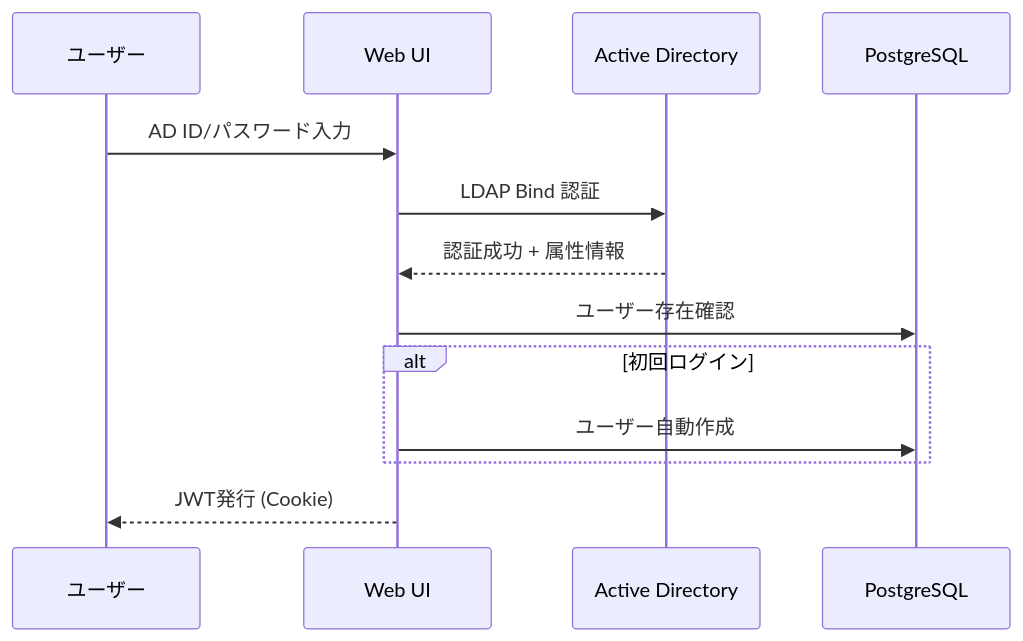
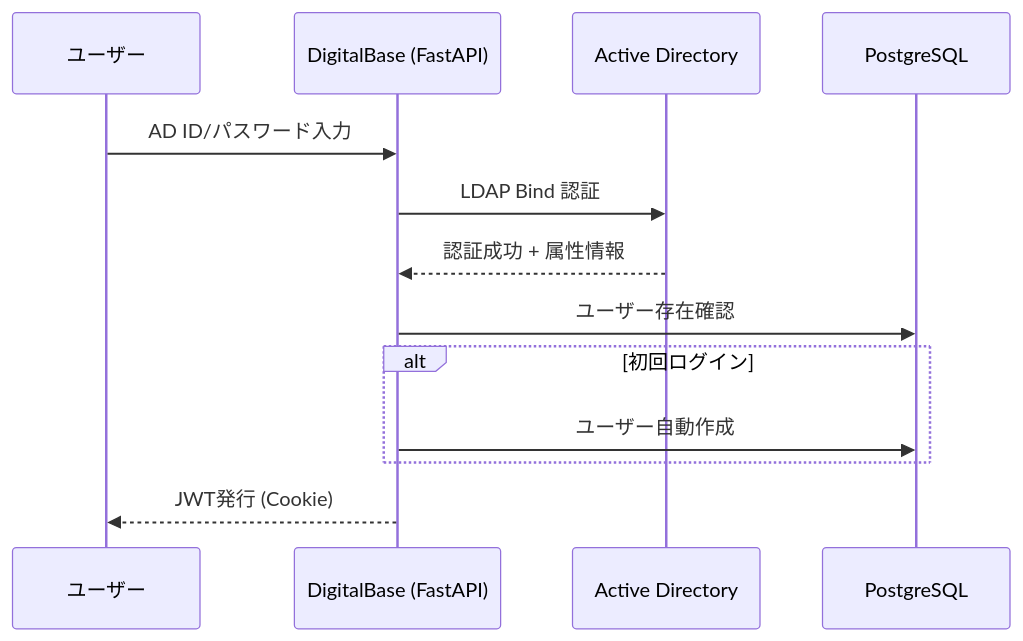
The third of 5 diagrams in docs/technical/SYSTEM_ARCHITECTURE.md (lmlight-app/dist_vite), drawn with Mermaid before and after one commit. The commit also changed other lines of this file and 58 other files, not shown here.

First line of the commit message:
Rebrand LM Light to DigitalBase and update docs

````diff
--- a/docs/technical/SYSTEM_ARCHITECTURE.md
+++ b/docs/technical/SYSTEM_ARCHITECTURE.md
@@ -123,16 +128,16 @@
 ```mermaid
 sequenceDiagram
     participant U as ユーザー
-    participant W as Web UI
+    participant App as DigitalBase (FastAPI)
     participant AD as Active Directory
     participant DB as PostgreSQL
 
-    U->>W: AD ID/パスワード入力
-    W->>AD: LDAP Bind 認証
-    AD-->>W: 認証成功 + 属性情報
-    W->>DB: ユーザー存在確認
+    U->>App: AD ID/パスワード入力
+    App->>AD: LDAP Bind 認証
+    AD-->>App: 認証成功 + 属性情報
+    App->>DB: ユーザー存在確認
     alt 初回ログイン
-        W->>DB: ユーザー自動作成
+        App->>DB: ユーザー自動作成
     end
-    W-->>U: JWT発行 (Cookie)
+    App-->>U: JWT発行 (Cookie)
 ```
````
